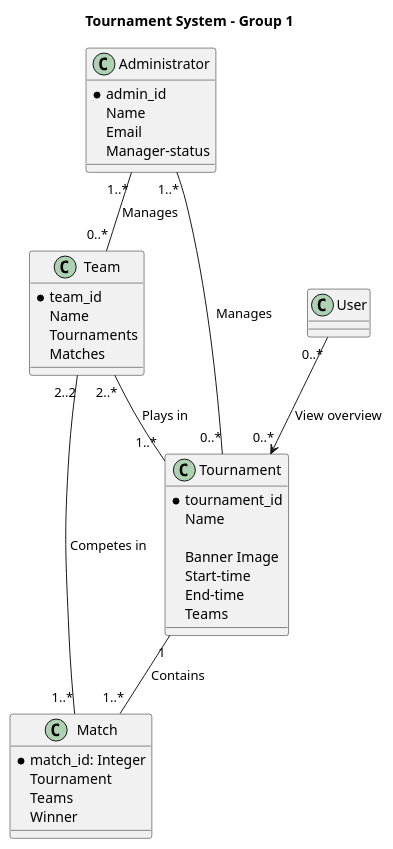
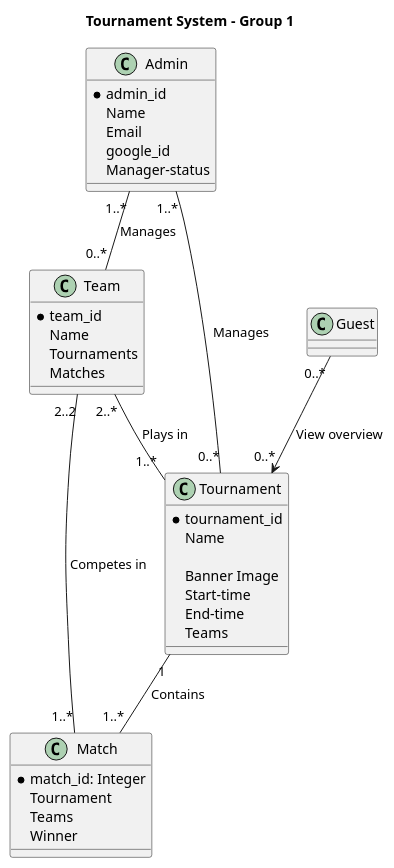
One commit to felixalbrigtsen/asura-tmdb changed the diagram in documentation/domainModel.puml. Above: the diagram before and after it, drawn with PlantUML. The commit also changed 7 other files, not shown here.

```diff
--- a/documentation/domainModel.puml
+++ b/documentation/domainModel.puml
@@ -1,47 +1,48 @@
 @startuml Tournament System
 title Tournament System - Group 1 
 
 class Match {
     *match_id: Integer
     Tournament
     Teams
     Winner
 }
 
 class Team {
     *team_id
     Name
     Tournaments
     Matches
 }
 
 class Tournament {
     *tournament_id
     Name
     
     Banner Image
     Start-time
     End-time
     Teams
 }
 
-class Administrator {
+class Admin {
     *admin_id
     Name
     Email
+    google_id
     Manager-status
 }
 
-class User {
+class Guest {
     
 }
 
 Team "2..*" -- "1..*" Tournament : "Plays in"
 Tournament "1" -- "1..*" Match : "Contains"
 Team "2..2" -- "1..*" Match : "Competes in"
 
-Administrator "1..*" -- "0..*" Tournament : "Manages"
-Administrator "1..*" -- "0..*" Team : "Manages"
-User "0..*" --> "0..*" Tournament : "View overview"
+Admin "1..*" -- "0..*" Tournament : "Manages"
+Admin "1..*" -- "0..*" Team : "Manages"
+Guest "0..*" --> "0..*" Tournament : "View overview"
 
 @enduml
```
